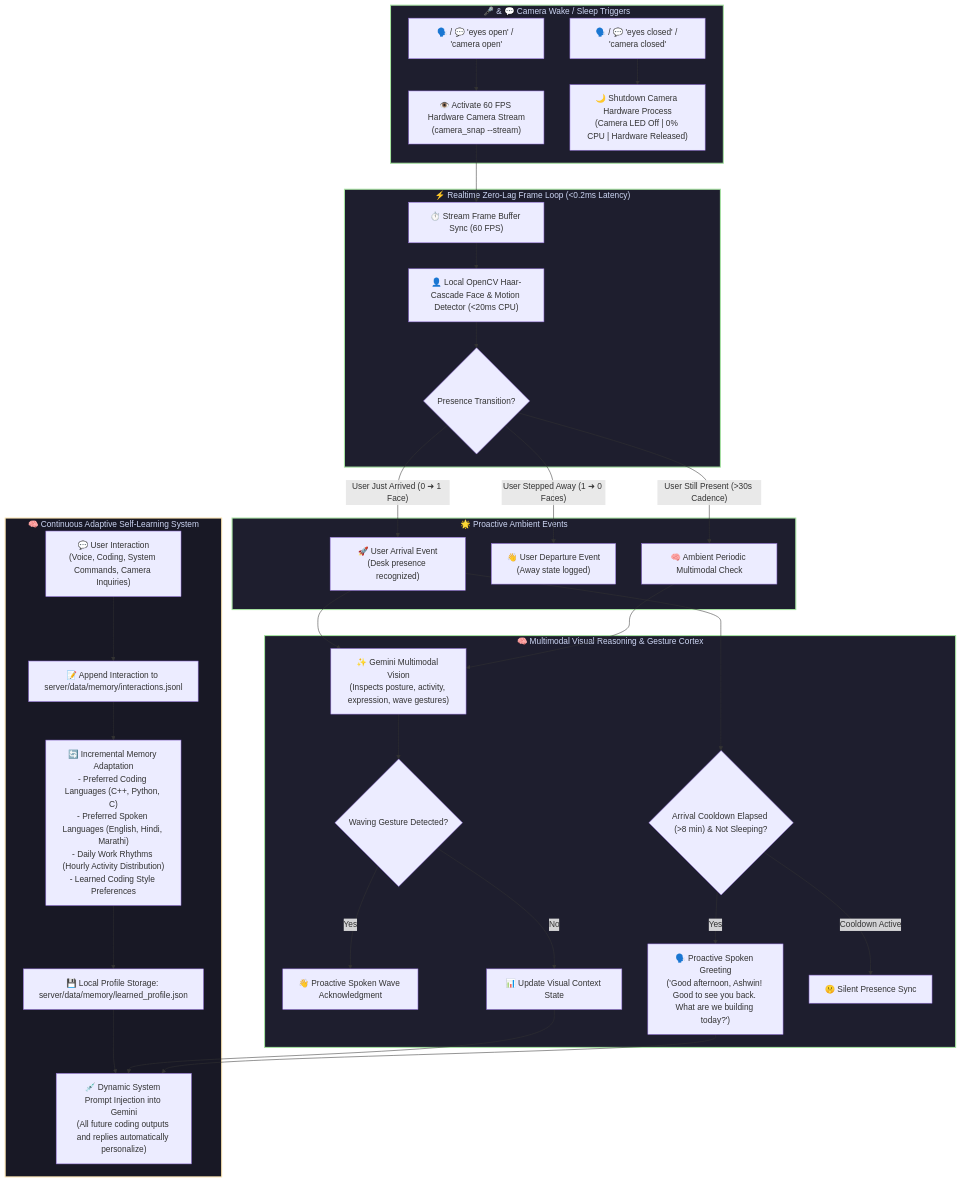
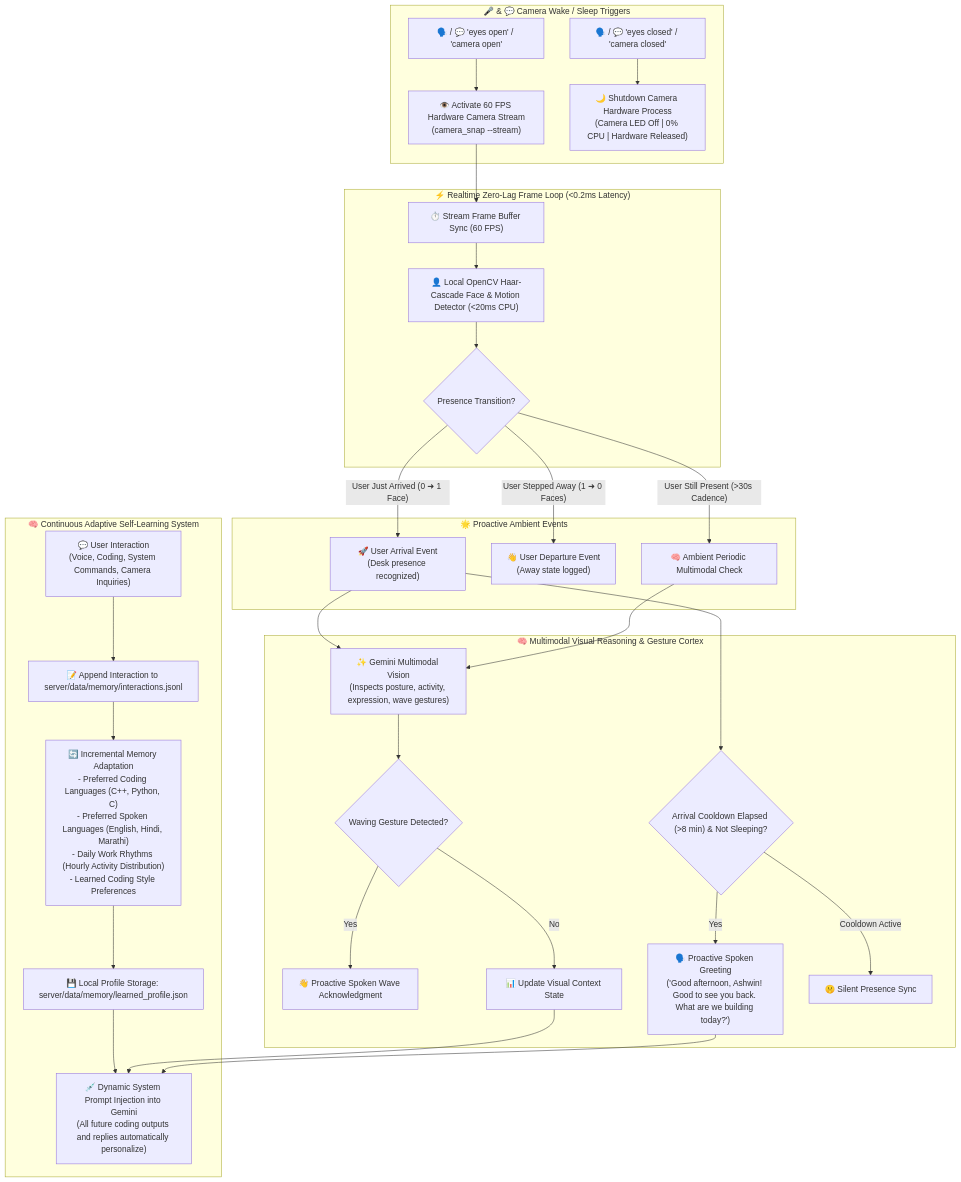
Before and after one commit to ashwintelangstark/january.systems: the sixth of 11 diagrams in README.md, drawn with Mermaid. The commit also changed other lines of this file, not shown here.

Commit message:
docs: consolidate all walkthroughs, Dynamic Model Router, CUA actuation, and 2D Plan to 3D Blender BIM Engine into README

````diff
--- a/README.md
+++ b/README.md
@@ -124,46 +297,41 @@
 ```mermaid
 flowchart TD
     subgraph Controls ["🎤 & 💬 Camera Wake / Sleep Triggers"]
         CMD_OPEN["🗣️ / 💬 'eyes open' / 'camera open'"] --> STREAM_ON["👁️ Activate 60 FPS Hardware Camera Stream<br/>(camera_snap --stream)"]
         CMD_CLOSE["🗣️ / 💬 'eyes closed' / 'camera closed'"] --> STREAM_OFF["🌙 Shutdown Camera Hardware Process<br/>(Camera LED Off | 0% CPU | Hardware Released)"]
     end
 
     subgraph EdgeWatch ["⚡ Realtime Zero-Lag Frame Loop (<0.2ms Latency)"]
         STREAM_ON --> TICK["⏱️ Stream Frame Buffer Sync (60 FPS)"]
         TICK --> OPENCV["👤 Local OpenCV Haar-Cascade Face & Motion Detector (<20ms CPU)"]
         OPENCV --> PRESENCE{"Presence Transition?"}
     end
 
     subgraph StateEvents ["🌟 Proactive Ambient Events"]
         PRESENCE -->|"User Just Arrived (0 ➜ 1 Face)"| ARRIVAL["🚀 User Arrival Event<br/>(Desk presence recognized)"]
         PRESENCE -->|"User Stepped Away (1 ➜ 0 Faces)"| DEPART["👋 User Departure Event<br/>(Away state logged)"]
         PRESENCE -->|"User Still Present (>30s Cadence)"| PERIODIC["🧠 Ambient Periodic Multimodal Check"]
     end
 
     subgraph Cortex ["🧠 Multimodal Visual Reasoning & Gesture Cortex"]
         ARRIVAL --> GEMINI_VISION["✨ Gemini Multimodal Vision<br/>(Inspects posture, activity, expression, wave gestures)"]
         PERIODIC --> GEMINI_VISION
         GEMINI_VISION --> GESTURE{"Waving Gesture Detected?"}
         GESTURE -->|"Yes"| WAVE_ACK["👋 Proactive Spoken Wave Acknowledgment"]
         GESTURE -->|"No"| UPDATE_CTX["📊 Update Visual Context State"]
         ARRIVAL --> COOLDOWN{"Arrival Cooldown Elapsed (>8 min) & Not Sleeping?"}
         COOLDOWN -->|"Yes"| PROACTIVE_GREET["🗣️ Proactive Spoken Greeting<br/>('Good afternoon, Ashwin! Good to see you back. What are we building today?')"]
         COOLDOWN -->|"Cooldown Active"| KEEP_SILENT["🤫 Silent Presence Sync"]
     end
 
     subgraph MemoryEngine ["🧠 Continuous Adaptive Self-Learning System"]
         INTERACTION["💬 User Interaction<br/>(Voice, Coding, System Commands, Camera Inquiries)"]
         INTERACTION --> LOG["📝 Append Interaction to server/data/memory/interactions.jsonl"]
         LOG --> ADAPT["🔄 Incremental Memory Adaptation<br/>- Preferred Coding Languages (C++, Python, C)<br/>- Preferred Spoken Languages (English, Hindi, Marathi)<br/>- Daily Work Rhythms (Hourly Activity Distribution)<br/>- Learned Coding Style Preferences"]
         ADAPT --> STORE["💾 Local Profile Storage: server/data/memory/learned_profile.json"]
         STORE --> INJECT["💉 Dynamic System Prompt Injection into Gemini<br/>(All future coding outputs and replies automatically personalize)"]
     end
 
     UPDATE_CTX --> INJECT
     PROACTIVE_GREET --> INJECT
-
-    classDef visionBox fill:#1e1e2e,stroke:#a6e3a1,stroke-width:2px,color:#cdd6f4;
-    classDef memBox fill:#181825,stroke:#f9e2af,stroke-width:2px,color:#cdd6f4;
-    class Controls,EdgeWatch,StateEvents,Cortex visionBox;
-    class MemoryEngine memBox;
 ```
````
